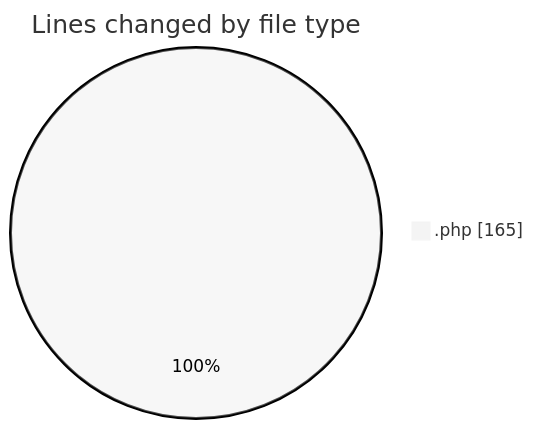
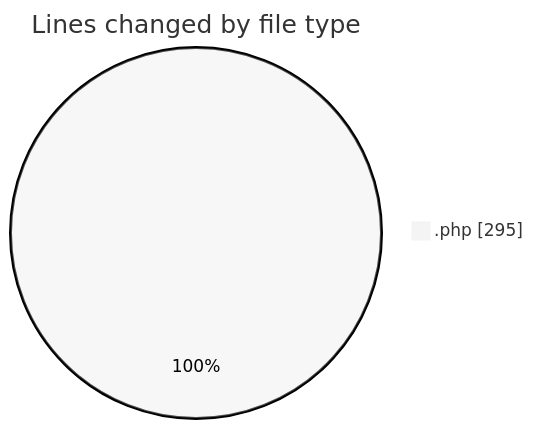
Before and after one commit to debugP/code-tracking: the first of 2 diagrams in 2026-09-15/untitled__workspace_/README.md, drawn with Mermaid (neutral theme). The commit also changed other lines of this file and 1 other file, not shown here.

````diff
--- a/2026-09-15/untitled__workspace_/README.md
+++ b/2026-09-15/untitled__workspace_/README.md
@@ -22,5 +23,5 @@
 ```mermaid
 pie showData
 title Lines changed by file type
-".php" : 165
+".php" : 295
 ```
````
